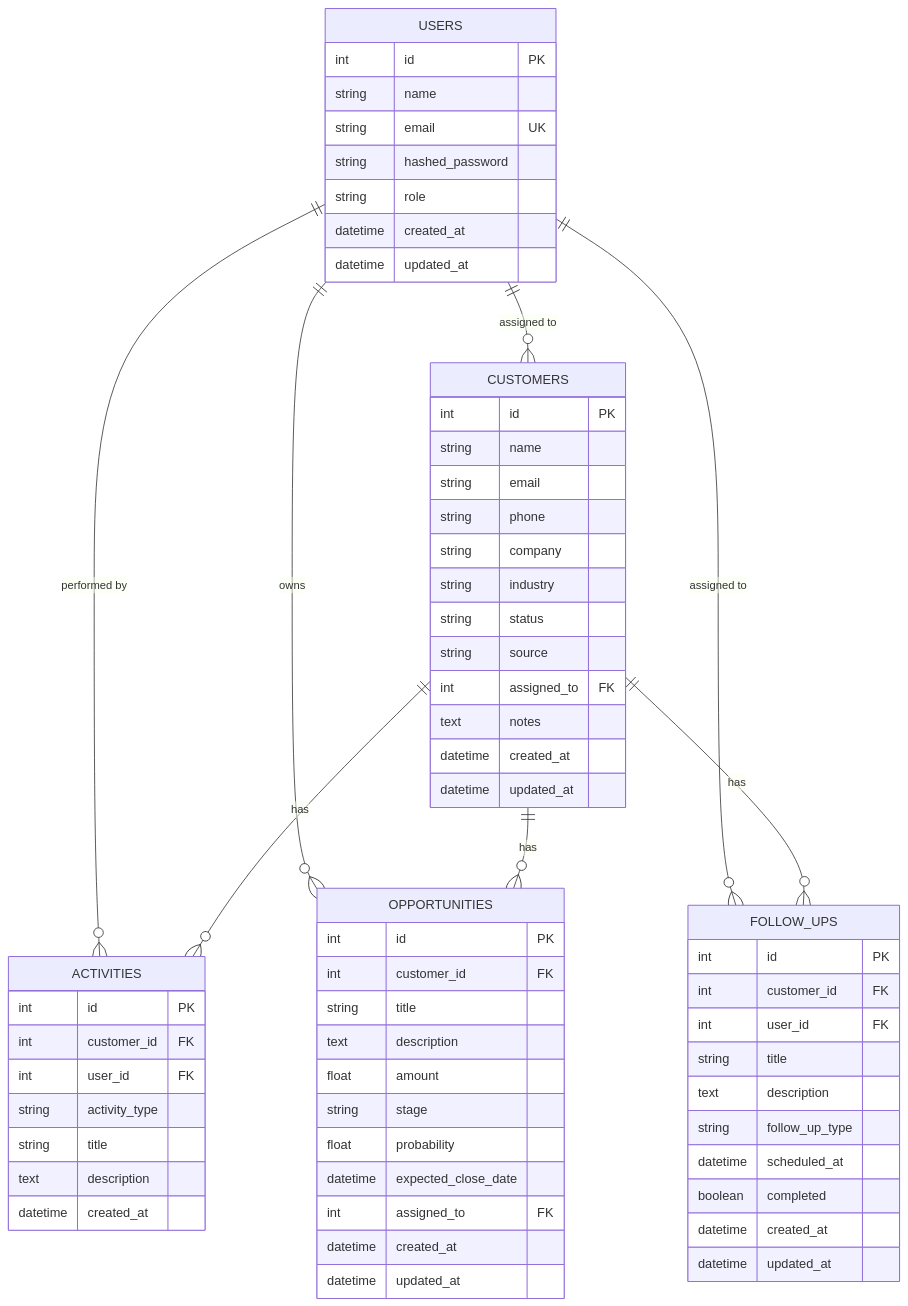
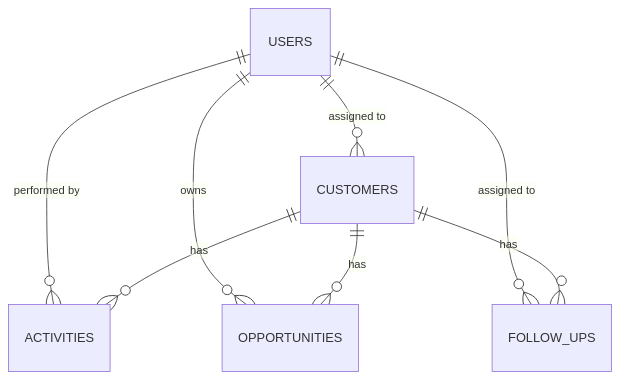
Before and after one commit to Ajay-Kumar-Jaiswal/salesflow-platform: the diagram in README.md, drawn with Mermaid. The commit also changed other lines of this file, not shown here.

````diff
--- a/README.md
+++ b/README.md
@@ -139,73 +100,11 @@
 ```mermaid
 erDiagram
     USERS ||--o{ CUSTOMERS : "assigned to"
     USERS ||--o{ ACTIVITIES : "performed by"
     USERS ||--o{ OPPORTUNITIES : "owns"
     USERS ||--o{ FOLLOW_UPS : "assigned to"
 
     CUSTOMERS ||--o{ ACTIVITIES : "has"
     CUSTOMERS ||--o{ OPPORTUNITIES : "has"
     CUSTOMERS ||--o{ FOLLOW_UPS : "has"
-
-    USERS {
-        int id PK
-        string name
-        string email UK
-        string hashed_password
-        string role
-        datetime created_at
-        datetime updated_at
-    }
-
-    CUSTOMERS {
-        int id PK
-        string name
-        string email
-        string phone
-        string company
-        string industry
-        string status
-        string source
-        int assigned_to FK
-        text notes
-        datetime created_at
-        datetime updated_at
-    }
-
-    ACTIVITIES {
-        int id PK
-        int customer_id FK
-        int user_id FK
-        string activity_type
-        string title
-        text description
-        datetime created_at
-    }
-
-    OPPORTUNITIES {
-        int id PK
-        int customer_id FK
-        string title
-        text description
-        float amount
-        string stage
-        float probability
-        datetime expected_close_date
-        int assigned_to FK
-        datetime created_at
-        datetime updated_at
-    }
-
-    FOLLOW_UPS {
-        int id PK
-        int customer_id FK
-        int user_id FK
-        string title
-        text description
-        string follow_up_type
-        datetime scheduled_at
-        boolean completed
-        datetime created_at
-        datetime updated_at
-    }
 ```
````
